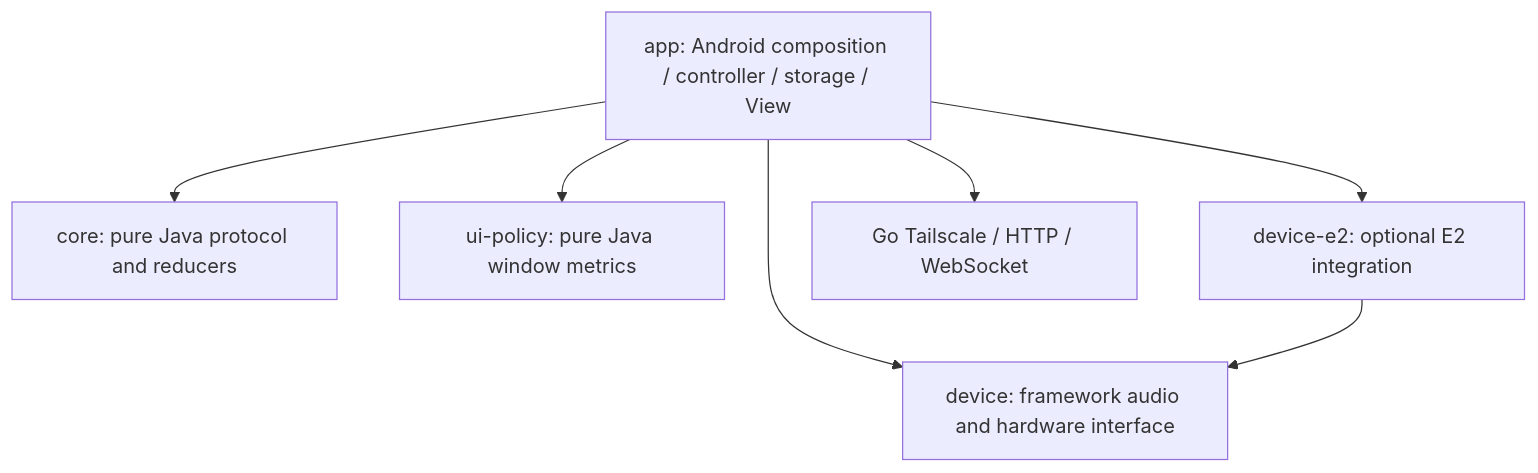
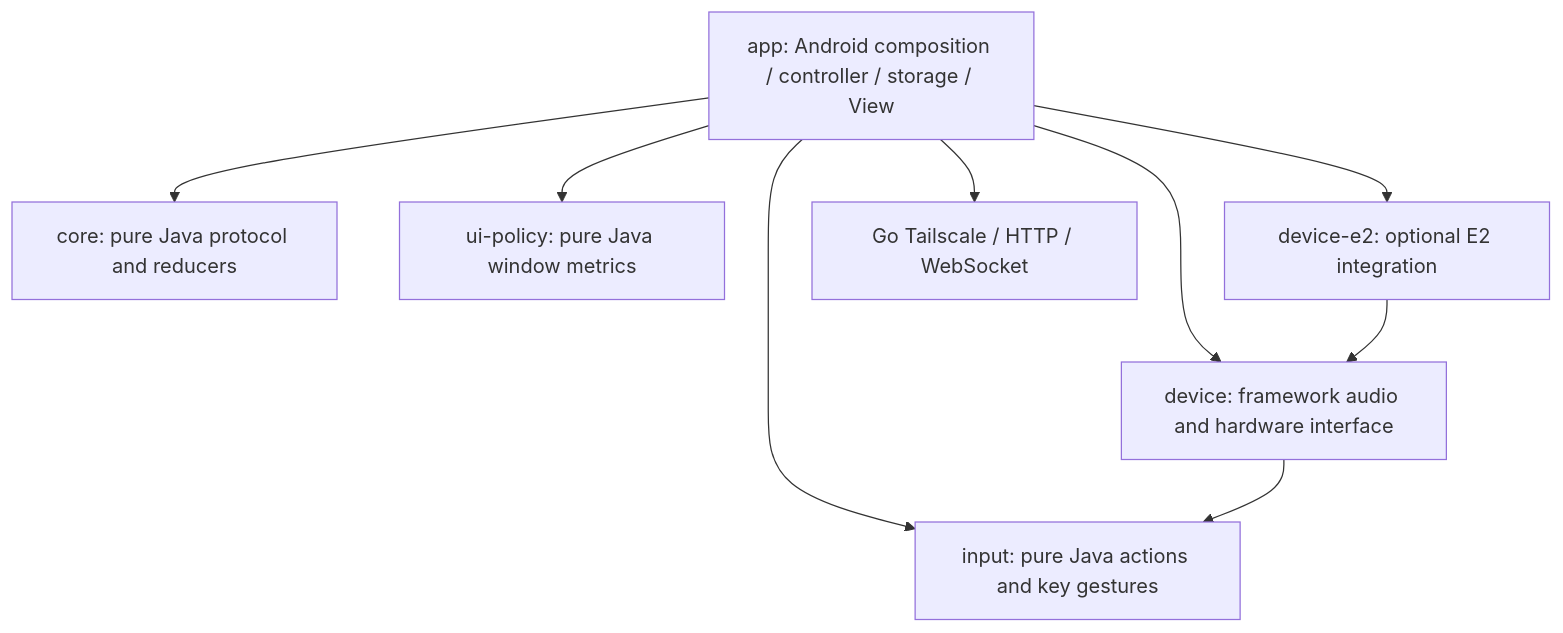
One commit to openduo/pocket-android changed the diagram in docs/architecture.zh-CN.md. Above: the diagram before and after it, drawn with Mermaid. The commit also changed other lines of this file and 54 other files, not shown here.

Commit message:
Separate input actions and owned voice notes for adaptable Android controls

````diff
--- a/docs/architecture.zh-CN.md
+++ b/docs/architecture.zh-CN.md
@@ -5,15 +5,18 @@
 ```mermaid
 flowchart TD
     app[app: Android composition / controller / storage / View]
     core[core: pure Java protocol and reducers]
     ui[ui-policy: pure Java window metrics]
+    input[input: pure Java actions and key gestures]
     device[device: framework audio and hardware interface]
     e2[device-e2: optional E2 integration]
     bridge[Go Tailscale / HTTP / WebSocket]
     app --> core
     app --> ui
+    app --> input
+    device --> input
     app --> device
     app --> e2
     app --> bridge
     e2 --> device
 ```
````
